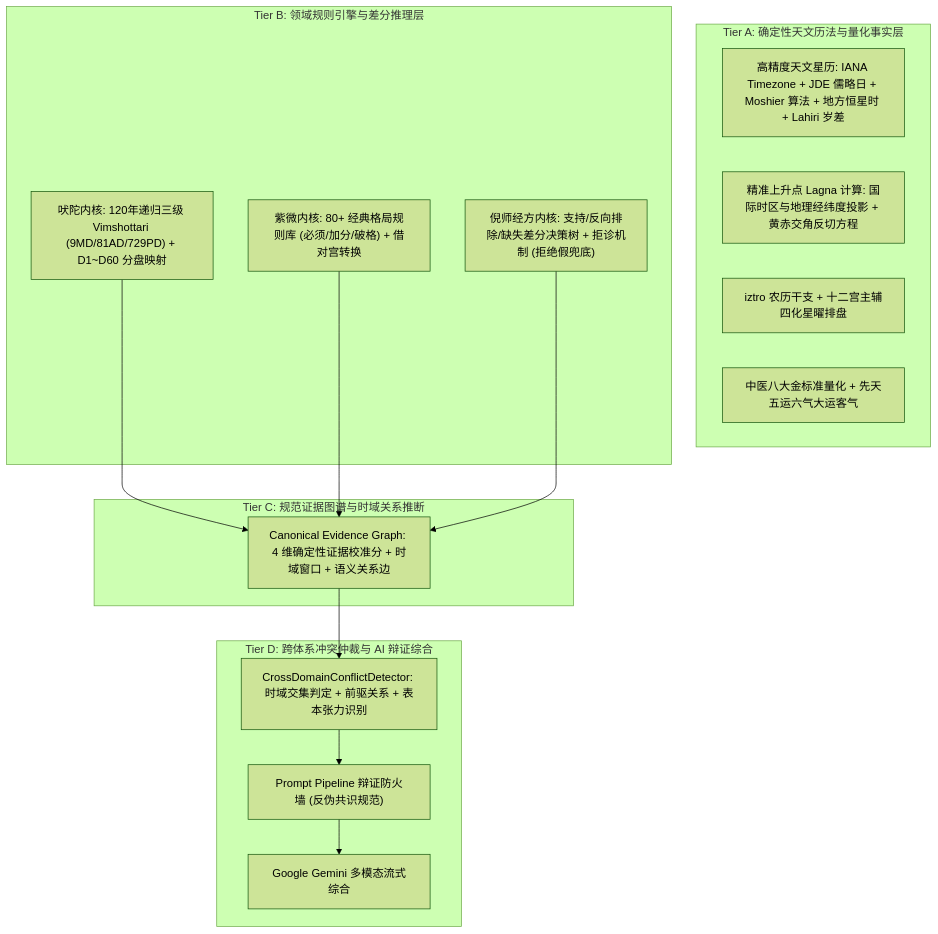
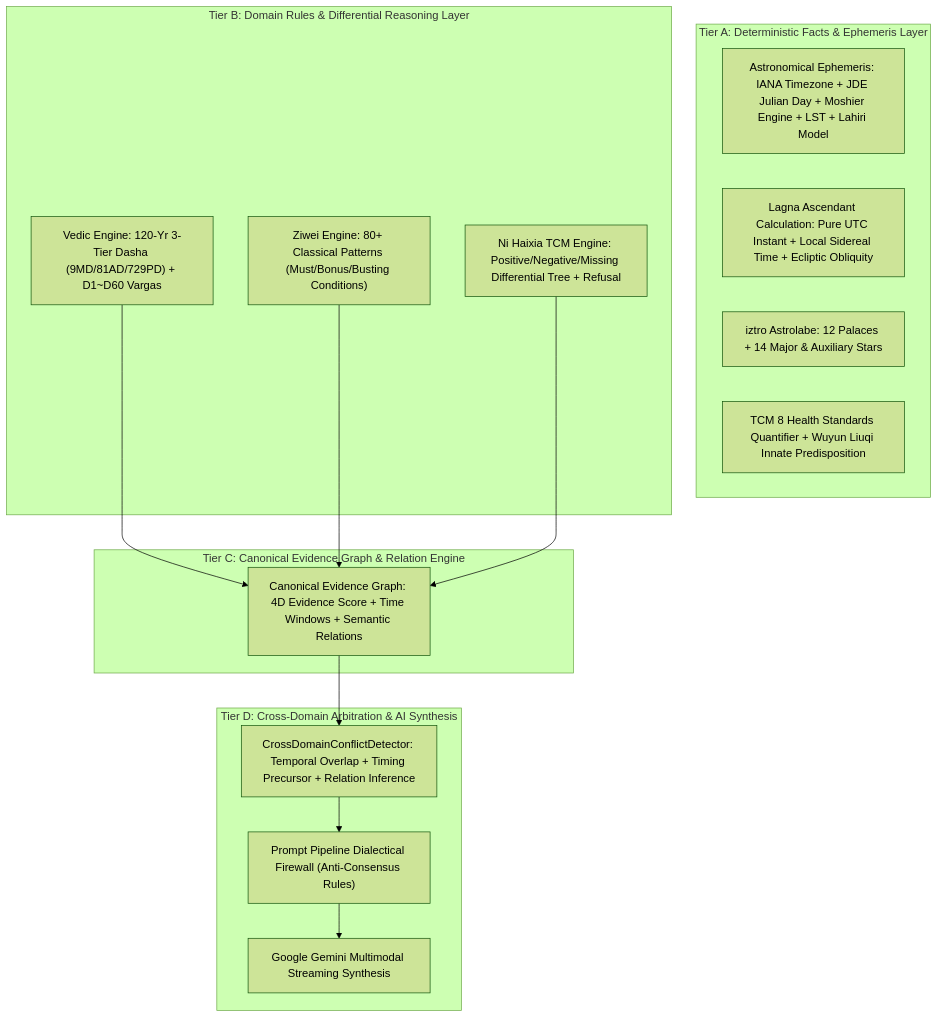
One commit to MeiSiristhebest/mystic changed the diagram in README.md. Above: the diagram before and after it, drawn with Mermaid (forest theme). The commit also changed other lines of this file, not shown here.

````diff
--- a/README.md
+++ b/README.md
@@ -81,29 +85,29 @@
 ```mermaid
 graph TD
-    subgraph Layer1 [Tier A: 确定性天文历法与量化事实层]
-        Ephem["高精度天文星历: IANA Timezone + JDE 儒略日 + Moshier 算法 + 地方恒星时 + Lahiri 岁差"]
-        Asc["精准上升点 Lagna 计算: 国际时区与地理经纬度投影 + 黄赤交角反切方程"]
-        Iztro["iztro 农历干支 + 十二宫主辅四化星曜排盘"]
-        TcmStd["中医八大金标准量化 + 先天五运六气大运客气"]
+    subgraph Layer1 [Tier A: Deterministic Facts & Ephemeris Layer]
+        Ephem["Astronomical Ephemeris: IANA Timezone + JDE Julian Day + Moshier Engine + LST + Lahiri Model"]
+        Asc["Lagna Ascendant Calculation: Pure UTC Instant + Local Sidereal Time + Ecliptic Obliquity"]
+        Iztro["iztro Astrolabe: 12 Palaces + 14 Major & Auxiliary Stars"]
+        TcmStd["TCM 8 Health Standards Quantifier + Wuyun Liuqi Innate Predisposition"]
     end
 
-    subgraph Layer2 [Tier B: 领域规则引擎与差分推理层]
-        V_Engine["吠陀内核: 120年递归三级 Vimshottari (9MD/81AD/729PD) + D1~D60 分盘映射"]
-        Z_Engine["紫微内核: 80+ 经典格局规则库 (必须/加分/破格) + 借对宫转换"]
-        T_Engine["倪师经方内核: 支持/反向排除/缺失差分决策树 + 拒诊机制 (拒绝假兜底)"]
+    subgraph Layer2 [Tier B: Domain Rules & Differential Reasoning Layer]
+        V_Engine["Vedic Engine: 120-Yr 3-Tier Dasha (9MD/81AD/729PD) + D1~D60 Vargas"]
+        Z_Engine["Ziwei Engine: 80+ Classical Patterns (Must/Bonus/Busting Conditions)"]
+        T_Engine["Ni Haixia TCM Engine: Positive/Negative/Missing Differential Tree + Refusal"]
     end
 
-    subgraph Layer3 [Tier C: 规范证据图谱与时域关系推断]
-        CEG["Canonical Evidence Graph: 4 维确定性证据校准分 + 时域窗口 + 语义关系边"]
+    subgraph Layer3 [Tier C: Canonical Evidence Graph & Relation Engine]
+        CEG["Canonical Evidence Graph: 4D Evidence Score + Time Windows + Semantic Relations"]
         V_Engine --> CEG
         Z_Engine --> CEG
         T_Engine --> CEG
     end
 
-    subgraph Layer4 [Tier D: 跨体系冲突仲裁与 AI 辩证综合]
-        Arbitrator["CrossDomainConflictDetector: 时域交集判定 + 前驱关系 + 表本张力识别"]
+    subgraph Layer4 [Tier D: Cross-Domain Arbitration & AI Synthesis]
+        Arbitrator["CrossDomainConflictDetector: Temporal Overlap + Timing Precursor + Relation Inference"]
         CEG --> Arbitrator
-        Arbitrator --> Firewall["Prompt Pipeline 辩证防火墙 (反伪共识规范)"]
-        Firewall --> LLM["Google Gemini 多模态流式综合"]
+        Arbitrator --> Firewall["Prompt Pipeline Dialectical Firewall (Anti-Consensus Rules)"]
+        Firewall --> LLM["Google Gemini Multimodal Streaming Synthesis"]
     end
 ```
````
